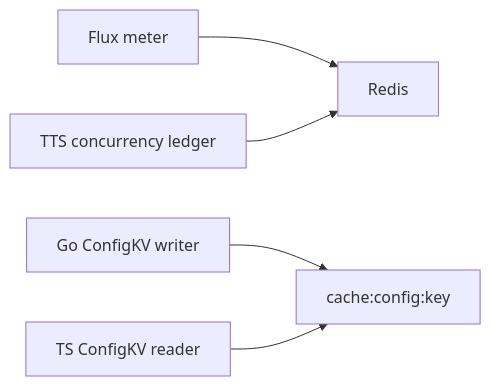
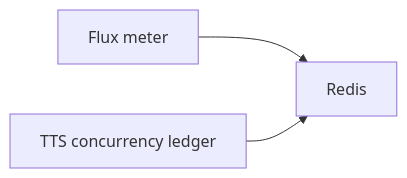
The first of 2 diagrams in server/docs/ai/adr/2026-09-17-cache-expiry-follow-up.md (moeru-ai/airi), drawn with Mermaid before and after one commit. The commit also changed other lines of this file and 3 other files, not shown here.

Commit message:
fix(api-server): preserve config cache namespace

````diff
--- a/server/docs/ai/adr/2026-09-17-cache-expiry-follow-up.md
+++ b/server/docs/ai/adr/2026-09-17-cache-expiry-follow-up.md
@@ -24,7 +24,5 @@
 ```mermaid
 flowchart LR
   Meter[Flux meter] --> Redis
   Ledger[TTS concurrency ledger] --> Redis
-  Admin[Go ConfigKV writer] --> Shared[cache:config:key]
-  API[TS ConfigKV reader] --> Shared
 ```
````
